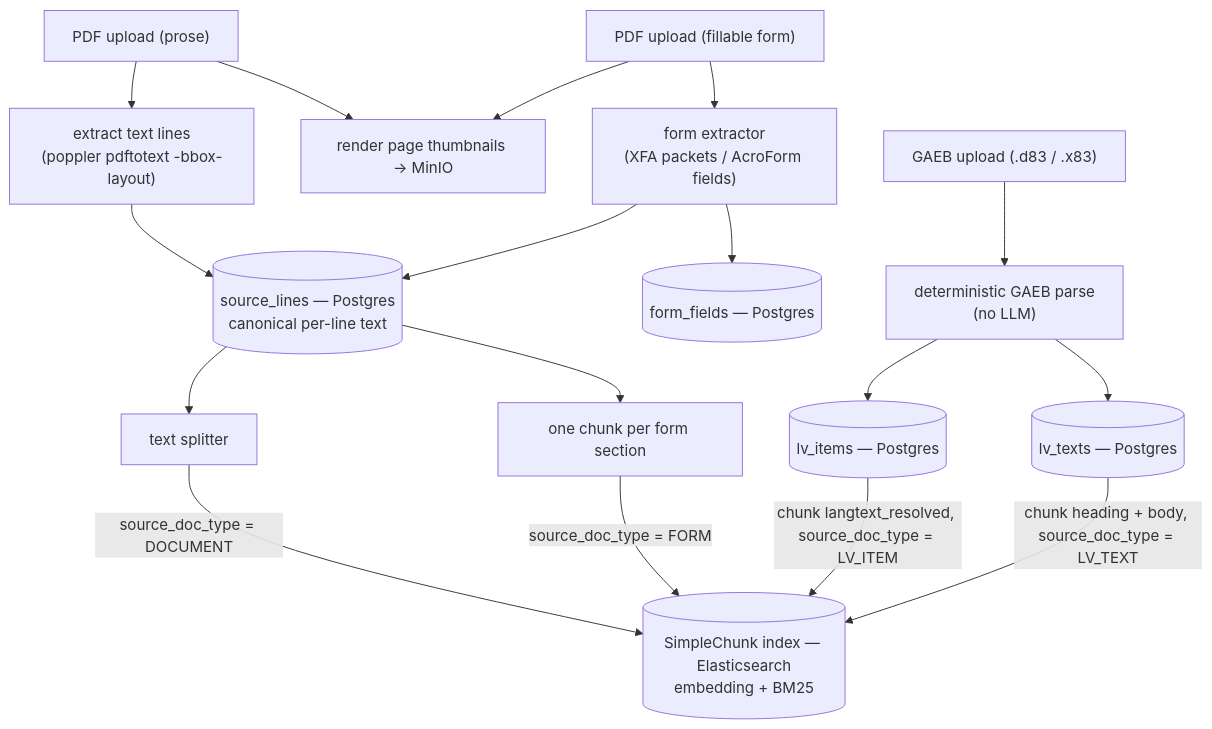
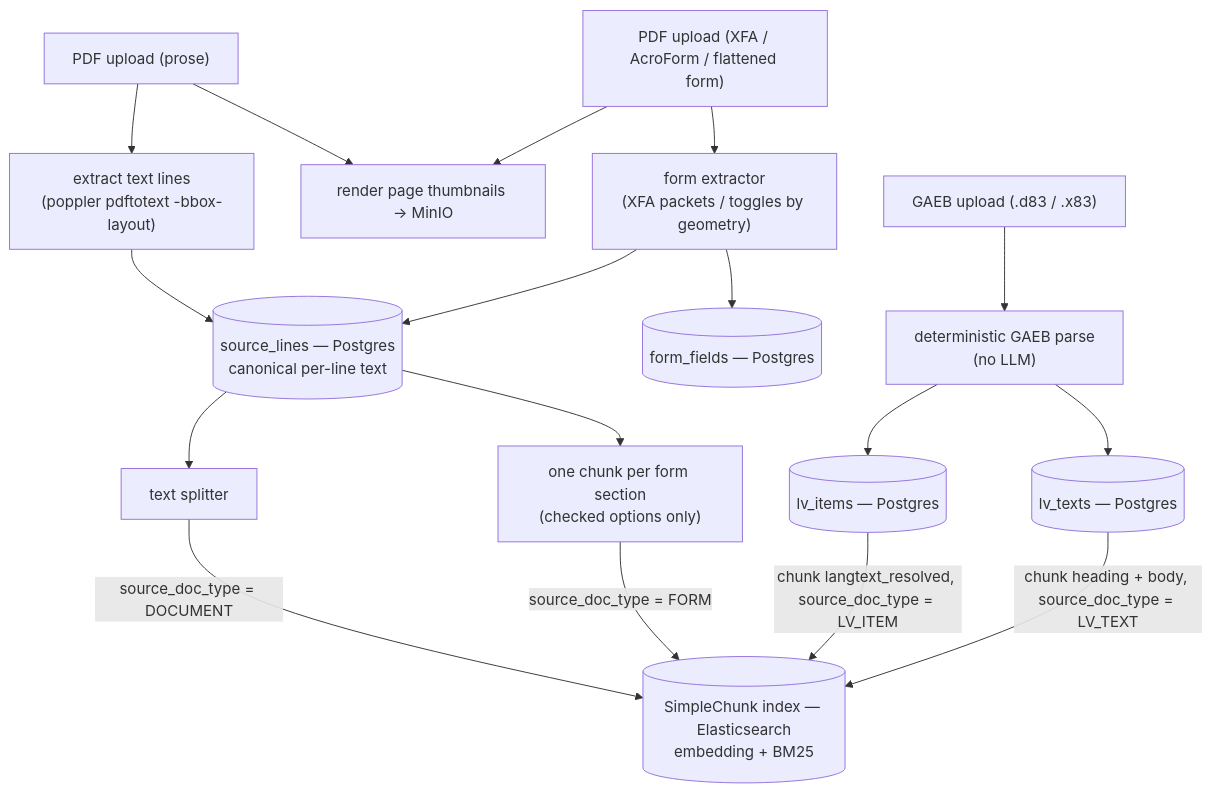
The first of 8 diagrams in AI_ARCHITECTURE.md (arthurshen74/strassenbau-vergabe-assistant), drawn with Mermaid before and after one commit. The commit also changed other lines of this file and 31 other files, not shown here.

````diff
--- a/AI_ARCHITECTURE.md
+++ b/AI_ARCHITECTURE.md
@@ -21,19 +21,19 @@
 ```mermaid
 flowchart TD
     PDF["PDF upload (prose)"] --> EX["extract text lines<br/>(poppler pdftotext -bbox-layout)"]
     EX --> SL[("source_lines — Postgres<br/>canonical per-line text")]
     PDF --> TH["render page thumbnails → MinIO"]
     SL --> SPL["text splitter"]
     SPL -->|"source_doc_type = DOCUMENT"| SC[("SimpleChunk index — Elasticsearch<br/>embedding + BM25")]
-    FORM["PDF upload (fillable form)"] --> FX["form extractor<br/>(XFA packets / AcroForm fields)"]
+    FORM["PDF upload (XFA / AcroForm / flattened form)"] --> FX["form extractor<br/>(XFA packets / toggles by geometry)"]
     FORM --> TH
     FX --> SL
     FX --> FF[("form_fields — Postgres")]
-    SL --> FSPL["one chunk per form section"]
+    SL --> FSPL["one chunk per form section<br/>(checked options only)"]
     FSPL -->|"source_doc_type = FORM"| SC
     GAEB["GAEB upload (.d83 / .x83)"] --> GP["deterministic GAEB parse<br/>(no LLM)"]
     GP --> LVI[("lv_items — Postgres")]
     GP --> LVT[("lv_texts — Postgres")]
     LVI -->|"chunk langtext_resolved, source_doc_type = LV_ITEM"| SC
     LVT -->|"chunk heading + body, source_doc_type = LV_TEXT"| SC
 ```
````
